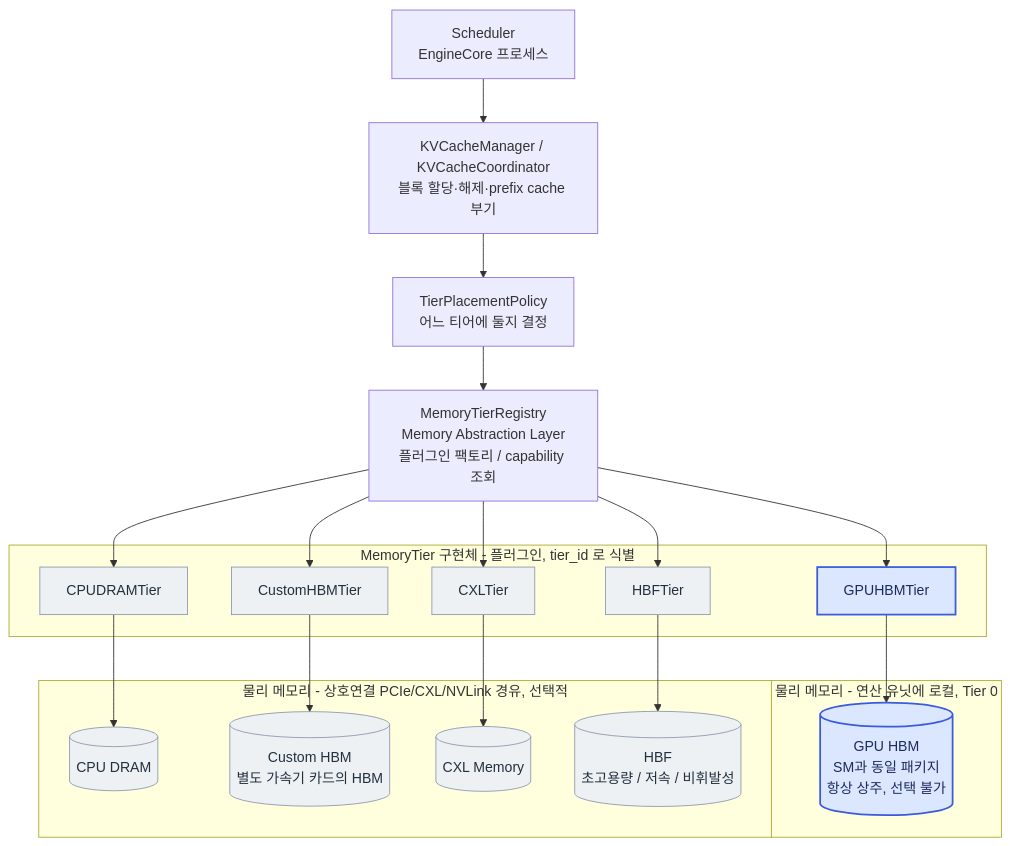
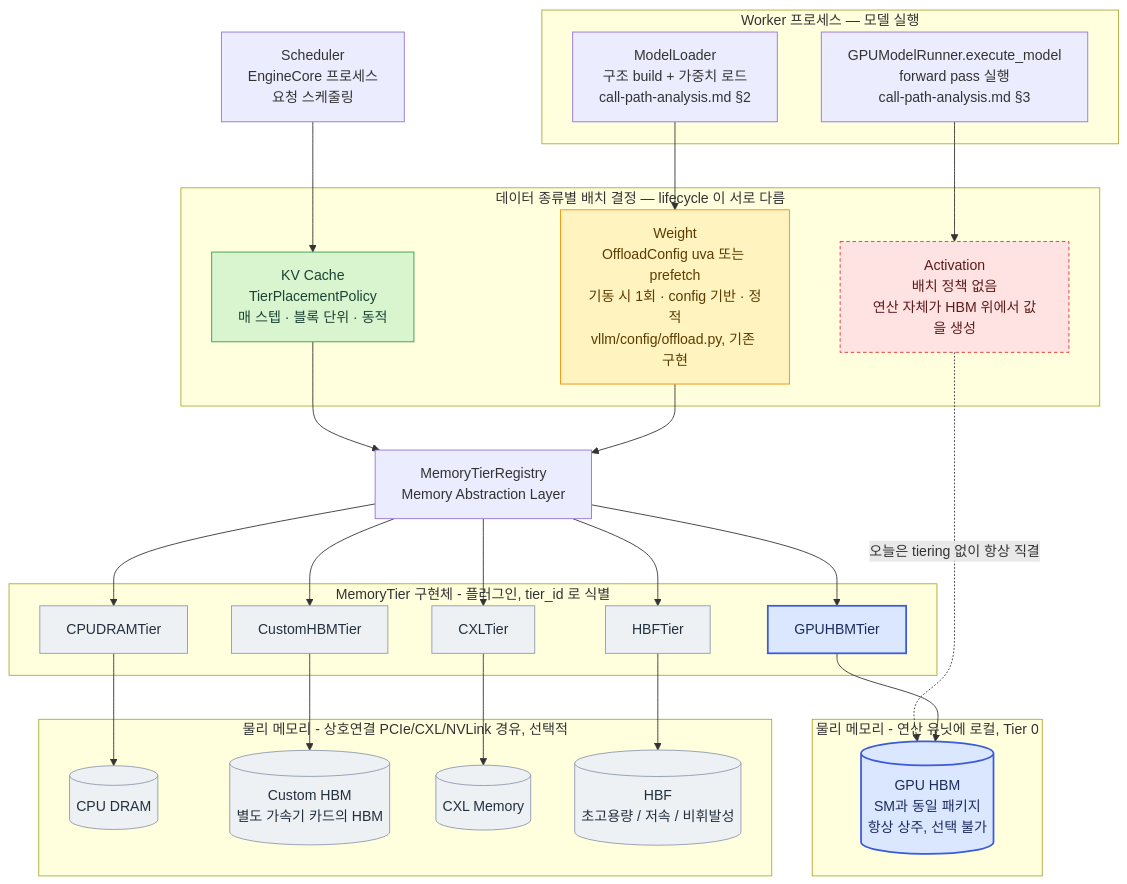
One commit to mkim0628/vllm changed the ninth of 9 diagrams in doc-mk/vllm-kv-cache-memory-abstraction-layer.md. Above: the diagram before and after it, drawn with Mermaid. The commit also changed other lines of this file, not shown here.

````diff
--- a/doc-mk/vllm-kv-cache-memory-abstraction-layer.md
+++ b/doc-mk/vllm-kv-cache-memory-abstraction-layer.md
@@ -703,41 +705,61 @@
 ```mermaid
 graph TD
-    SCHED["Scheduler<br/>EngineCore 프로세스"]
+    SCHED["Scheduler<br/>EngineCore 프로세스<br/>요청 스케줄링"]
 
-    KVMGR["KVCacheManager / KVCacheCoordinator<br/>블록 할당·해제·prefix cache 부기"]
+    subgraph EXEC["Worker 프로세스 — 모델 실행"]
+        LOADER["ModelLoader<br/>구조 build + 가중치 로드<br/>call-path-analysis.md §2"]
+        RUNNER["GPUModelRunner.execute_model<br/>forward pass 실행<br/>call-path-analysis.md §3"]
+    end
 
-    TPP["TierPlacementPolicy<br/>어느 티어에 둘지 결정"]
+    subgraph POLICY["데이터 종류별 배치 결정 — lifecycle 이 서로 다름"]
+        KVPOLICY["KV Cache<br/>TierPlacementPolicy<br/>매 스텝 · 블록 단위 · 동적"]
+        WPOLICY["Weight<br/>OffloadConfig uva 또는 prefetch<br/>기동 시 1회 · config 기반 · 정적<br/>vllm/config/offload.py, 기존 구현"]
+        APOLICY["Activation<br/>배치 정책 없음<br/>연산 자체가 HBM 위에서 값을 생성"]
+    end
 
-    REGISTRY["MemoryTierRegistry<br/>Memory Abstraction Layer<br/>플러그인 팩토리 / capability 조회"]
+    REGISTRY["MemoryTierRegistry<br/>Memory Abstraction Layer"]
 
     subgraph PLUGIN_LAYER["MemoryTier 구현체 - 플러그인, tier_id 로 식별"]
         GPUHBM["GPUHBMTier"]
         DRAMT["CPUDRAMTier"]
         CUSTOMT["CustomHBMTier"]
         CXLT["CXLTier"]
         HBFT["HBFTier"]
     end
 
     subgraph PHYS_LOCAL["물리 메모리 - 연산 유닛에 로컬, Tier 0"]
         HBM_PHYS[("GPU HBM<br/>SM과 동일 패키지<br/>항상 상주, 선택 불가")]
     end
 
     subgraph PHYS_REMOTE["물리 메모리 - 상호연결 PCIe/CXL/NVLink 경유, 선택적"]
         DRAM_PHYS[("CPU DRAM")]
         CUSTOM_PHYS[("Custom HBM<br/>별도 가속기 카드의 HBM")]
         CXL_PHYS[("CXL Memory")]
         HBF_PHYS[("HBF<br/>초고용량 / 저속 / 비휘발성")]
     end
 
-    SCHED --> KVMGR --> TPP --> REGISTRY
+    SCHED --> KVPOLICY
+    LOADER --> WPOLICY
+    RUNNER --> APOLICY
+
+    KVPOLICY --> REGISTRY
+    WPOLICY --> REGISTRY
+    APOLICY -. "오늘은 tiering 없이 항상 직결" .-> HBM_PHYS
+
     REGISTRY --> GPUHBM --> HBM_PHYS
     REGISTRY --> DRAMT --> DRAM_PHYS
     REGISTRY --> CUSTOMT --> CUSTOM_PHYS
     REGISTRY --> CXLT --> CXL_PHYS
     REGISTRY --> HBFT --> HBF_PHYS
 
     classDef localMem fill:#dbe7ff,stroke:#3b5bdb,color:#1c2b5e,stroke-width:2px;
     classDef remoteMem fill:#eef1f4,stroke:#8d99ae,color:#22303e,stroke-width:1px;
+    classDef kvBox fill:#d8f5d0,stroke:#2f9e44,color:#1b4332,stroke-width:1px;
+    classDef weightBox fill:#fff3bf,stroke:#f08c00,color:#5c3c00,stroke-width:1px;
+    classDef activationBox fill:#ffe3e3,stroke:#e03131,color:#5c1a1a,stroke-width:1px,stroke-dasharray: 4 3;
     class HBM_PHYS,GPUHBM localMem
     class DRAM_PHYS,CUSTOM_PHYS,CXL_PHYS,HBF_PHYS,DRAMT,CUSTOMT,CXLT,HBFT remoteMem
+    class KVPOLICY kvBox
+    class WPOLICY weightBox
+    class APOLICY activationBox
 ```
````
